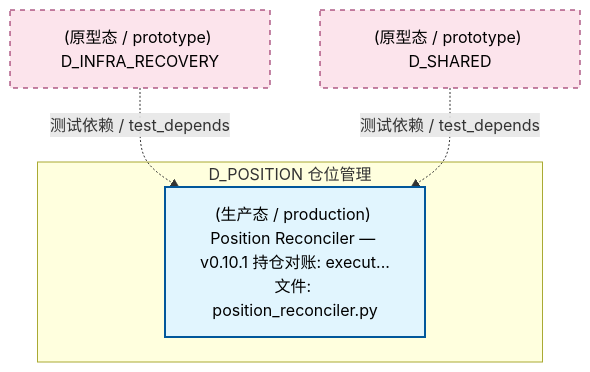
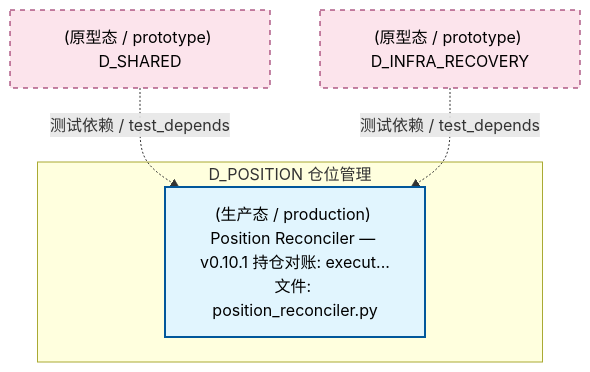
The second of 4 diagrams in docs/02_enterprise_architecture/02_domain_architecture_docs/53_d_position.md (xuanFelixVan/ZephyrAlpha), drawn with Mermaid before and after one commit. The commit also changed other lines of this file and 126 other files, not shown here.

````diff
--- a/docs/02_enterprise_architecture/02_domain_architecture_docs/53_d_position.md
+++ b/docs/02_enterprise_architecture/02_domain_architecture_docs/53_d_position.md
@@ -101,16 +101,16 @@
 ```mermaid
 graph TD
     subgraph D_POSITION["D_POSITION 仓位管理"]
         src_zephyr_position_position_reconciler_py["(生产态 / production) Position Reconciler — v0.10.1 持仓对账: execut...<br/>文件: position_reconciler.py"]
     end
+    D_SHARED["(原型态 / prototype) D_SHARED"]
+    D_SHARED -.->|测试依赖 / test_depends| src_zephyr_position_position_reconciler_py
     D_INFRA_RECOVERY["(原型态 / prototype) D_INFRA_RECOVERY"]
     D_INFRA_RECOVERY -.->|测试依赖 / test_depends| src_zephyr_position_position_reconciler_py
-    D_SHARED["(原型态 / prototype) D_SHARED"]
-    D_SHARED -.->|测试依赖 / test_depends| src_zephyr_position_position_reconciler_py
     classDef production fill:#e1f5fe,stroke:#01579b,stroke-width:2px,color:#000
     classDef design fill:#fff3e0,stroke:#e65100,stroke-width:2px,color:#000,stroke-dasharray: 5 5
     classDef external_prod fill:#e8f5e9,stroke:#1b5e20,stroke-width:1px,color:#000
     classDef external_design fill:#fce4ec,stroke:#880e4f,stroke-width:1px,color:#000,stroke-dasharray: 5 5
     class src_zephyr_position_position_reconciler_py production
-    class D_INFRA_RECOVERY,D_SHARED external_design
+    class D_SHARED,D_INFRA_RECOVERY external_design
 ```
````
